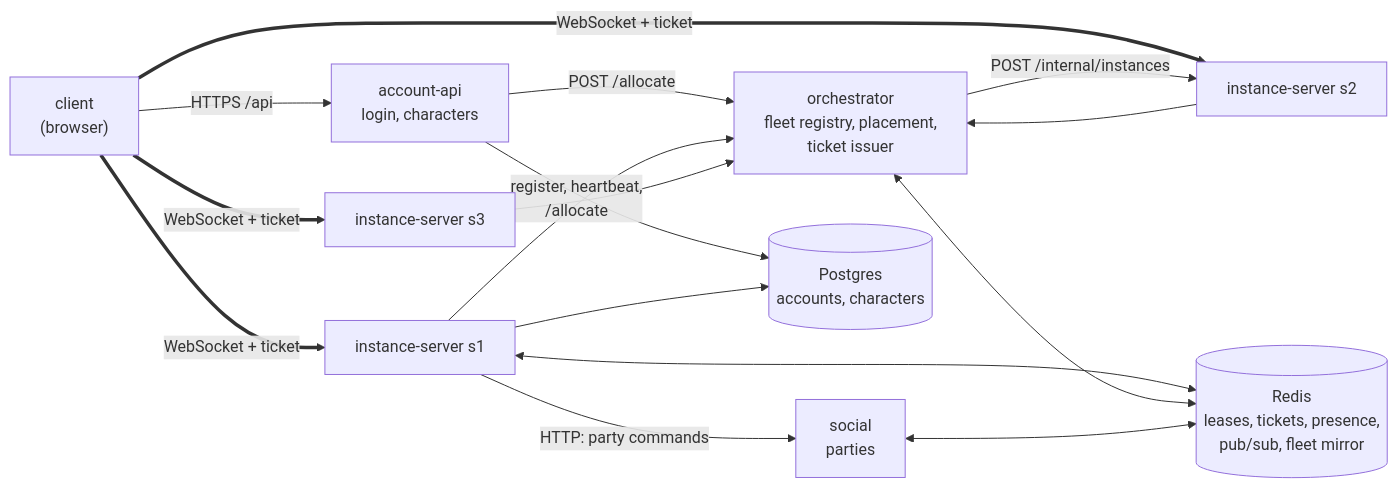
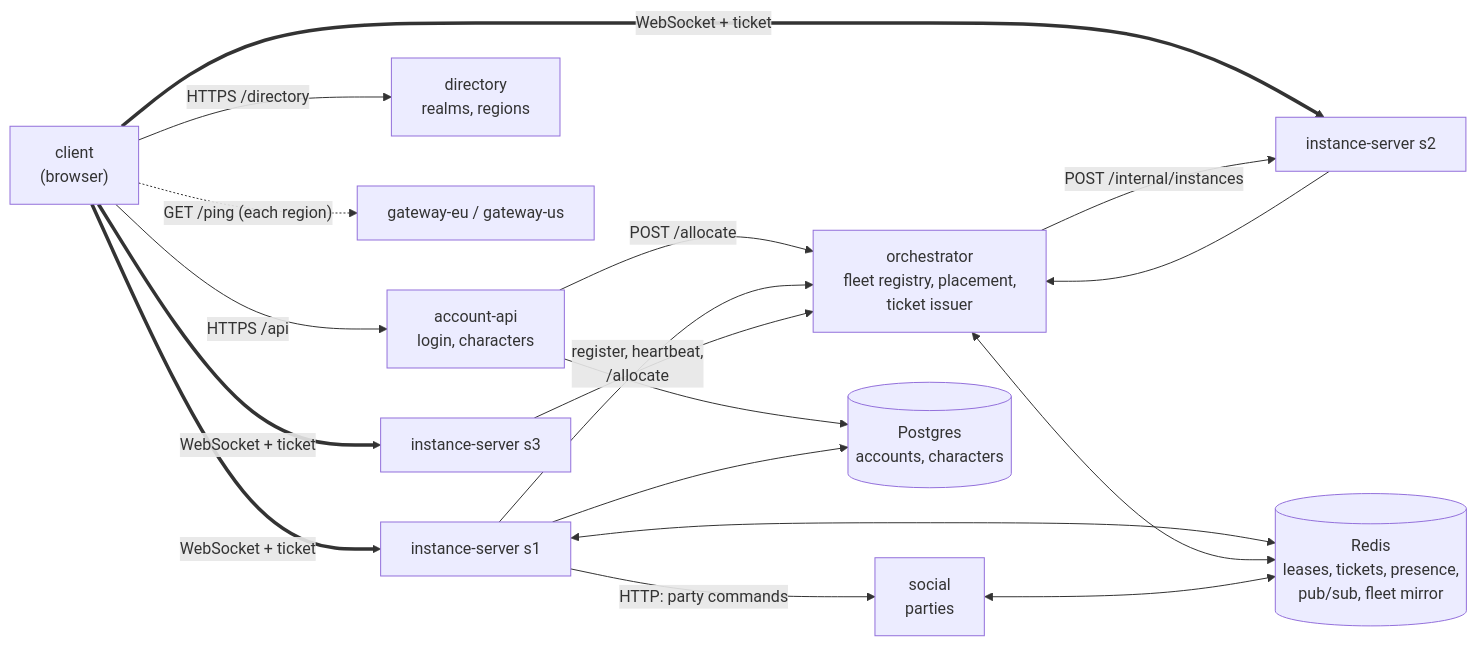
Before and after one commit to bigabig/mmoexile: the first of 5 diagrams in docs/ARCHITECTURE.md, drawn with Mermaid. The commit also changed other lines of this file and 5 other files, not shown here.

````diff
--- a/docs/ARCHITECTURE.md
+++ b/docs/ARCHITECTURE.md
@@ -18,18 +18,20 @@
 ```mermaid
 flowchart LR
     C["client<br/>(browser)"] -- "HTTPS /api" --> API["account-api<br/>login, characters"]
+    C -- "HTTPS /directory" --> DIR["directory<br/>realms, regions"]
+    C -. "GET /ping (each region)" .-> GW["gateway-eu / gateway-us"]
     C == "WebSocket + ticket" ==> S1["instance-server s1"]
     C == "WebSocket + ticket" ==> S2["instance-server s2"]
     C == "WebSocket + ticket" ==> S3["instance-server s3"]
     API -- "POST /allocate" --> O["orchestrator<br/>fleet registry, placement,<br/>ticket issuer"]
     S1 -- "register, heartbeat,<br/>/allocate" --> O
     S2 --> O
     S3 --> O
     O -- "POST /internal/instances" --> S2
     S1 -- "HTTP: party commands" --> SOC["social<br/>parties"]
     API --> PG[("Postgres<br/>accounts, characters")]
     S1 --> PG
     S1 <--> R[("Redis<br/>leases, tickets, presence,<br/>pub/sub, fleet mirror")]
     O <--> R
     SOC <--> R
 ```
````
